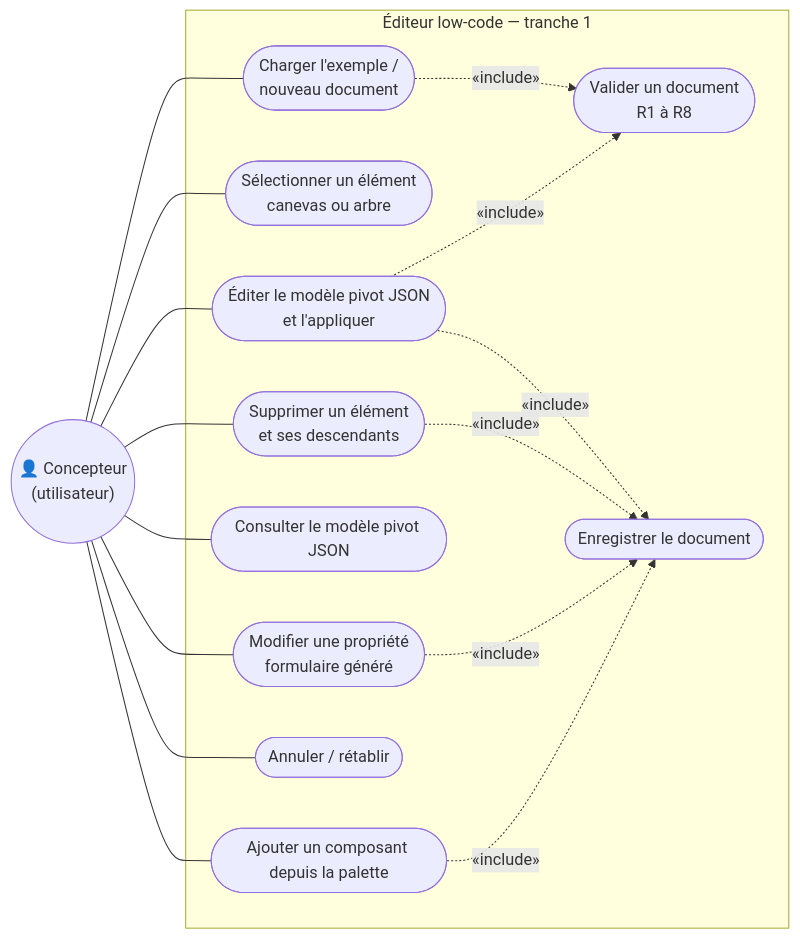
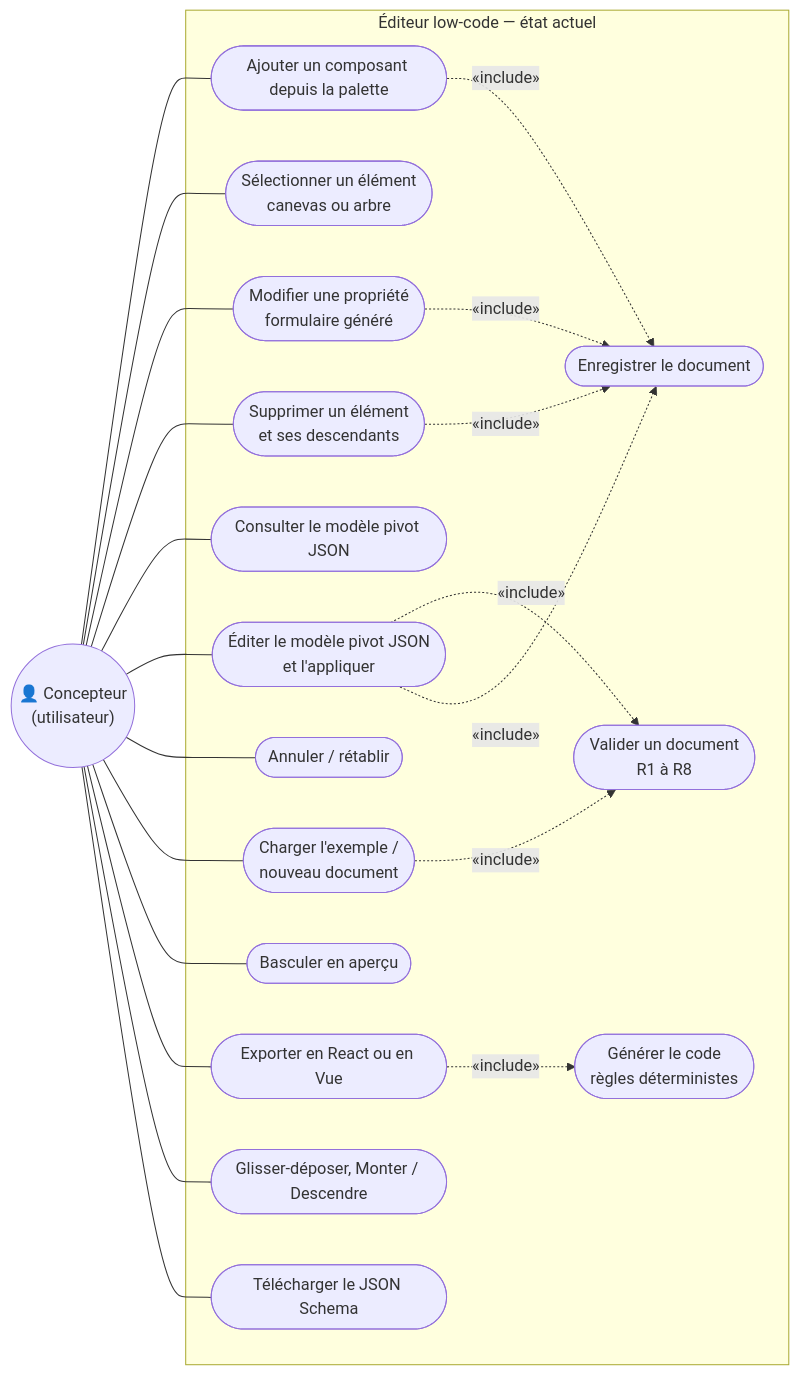
One commit to JuveHeydene/PivotCode changed the diagram in docs/reference/diagrammes/01-cas-utilisation.mmd. Above: the diagram before and after it, drawn with Mermaid. The commit also changed 249 other files, not shown here.

```diff
--- a/docs/reference/diagrammes/01-cas-utilisation.mmd
+++ b/docs/reference/diagrammes/01-cas-utilisation.mmd
@@ -1,21 +1,27 @@
 flowchart LR
     U(("👤 Concepteur<br/>(utilisateur)"))
-    subgraph Systeme["Éditeur low-code — tranche 1"]
+    subgraph Systeme["Éditeur low-code — état actuel"]
         UC1([Ajouter un composant depuis la palette])
         UC2([Sélectionner un élément<br/>canevas ou arbre])
         UC3([Modifier une propriété<br/>formulaire généré])
         UC4([Supprimer un élément<br/>et ses descendants])
         UC5([Consulter le modèle pivot JSON])
         UC6([Éditer le modèle pivot JSON<br/>et l'appliquer])
         UC7([Annuler / rétablir])
         UC8([Charger l'exemple /<br/>nouveau document])
+        UC9([Basculer en aperçu])
+        UC10([Exporter en React ou en Vue])
+        UC11([Glisser-déposer, Monter / Descendre])
+        UC12([Télécharger le JSON Schema])
         UCV([Valider un document<br/>R1 à R8])
+        UCG([Générer le code<br/>règles déterministes])
         UCP([Enregistrer le document])
     end
-    U --- UC1 & UC2 & UC3 & UC4 & UC5 & UC6 & UC7 & UC8
+    U --- UC1 & UC2 & UC3 & UC4 & UC5 & UC6 & UC7 & UC8 & UC9 & UC10 & UC11 & UC12
+    UC10 -. "«include»" .-> UCG
     UC6 -. "«include»" .-> UCV
     UC8 -. "«include»" .-> UCV
     UC1 -. "«include»" .-> UCP
     UC3 -. "«include»" .-> UCP
     UC4 -. "«include»" .-> UCP
     UC6 -. "«include»" .-> UCP
```
